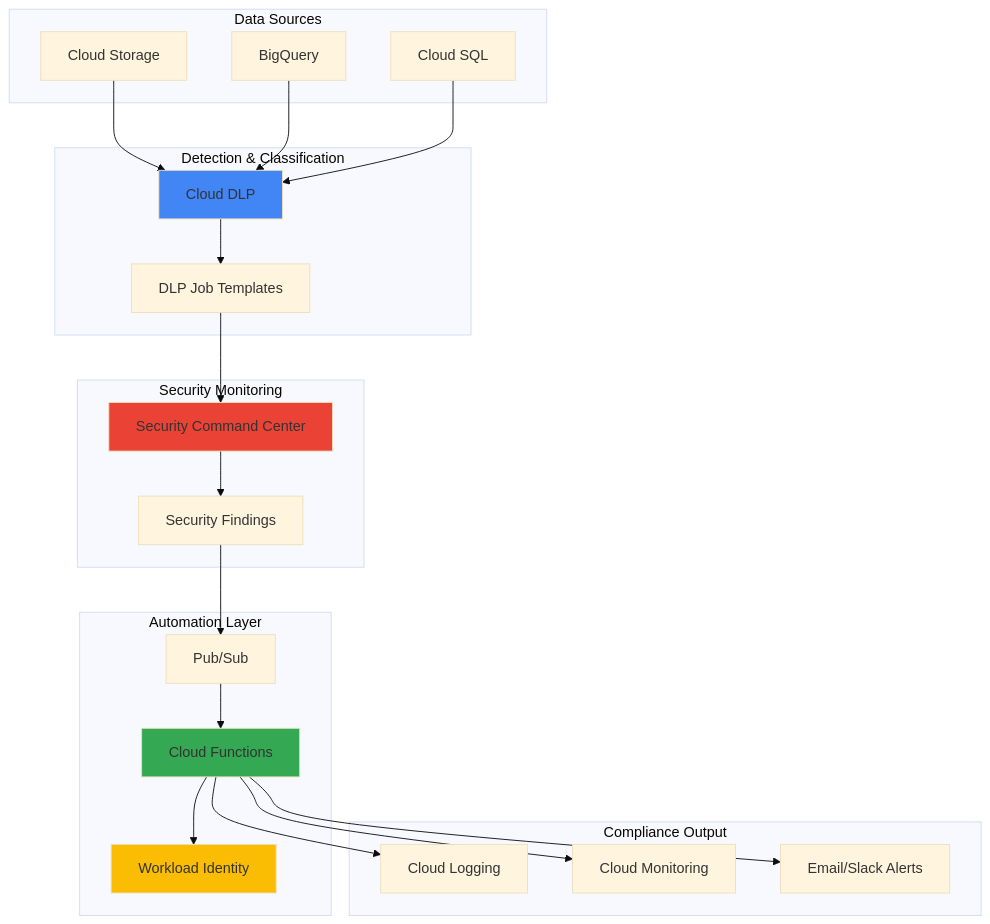
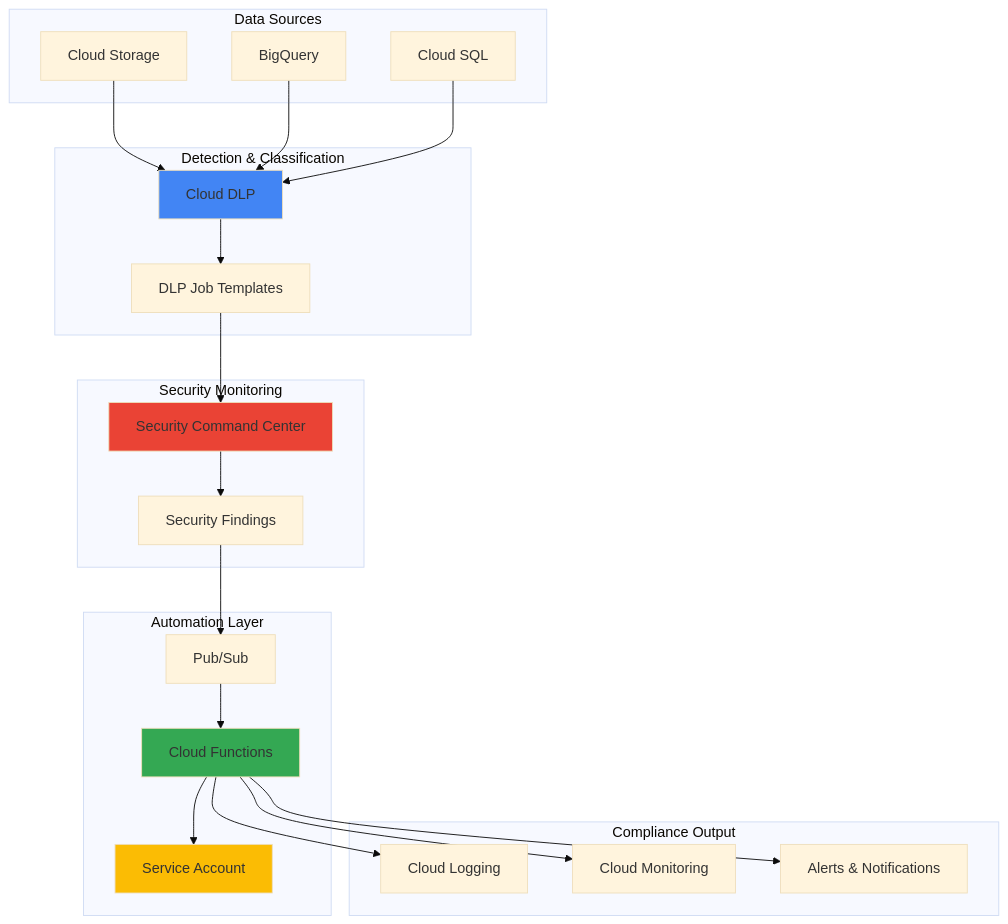
One commit to mzazon/awesome-cloud-projects changed the diagram in gcp/data-privacy-compliance-data-loss-prevention-security-command-center/data-privacy-compliance-data-loss-prevention-security-command-center.md. Above: the diagram before and after it, drawn with Mermaid (base theme). The commit also changed other lines of this file and 5581 other files, not shown here.

````diff
--- a/gcp/data-privacy-compliance-data-loss-prevention-security-command-center/data-privacy-compliance-data-loss-prevention-security-command-center.md
+++ b/gcp/data-privacy-compliance-data-loss-prevention-security-command-center/data-privacy-compliance-data-loss-prevention-security-command-center.md
@@ -30,51 +30,51 @@
 ```mermaid
 graph TB
     subgraph "Data Sources"
         CS[Cloud Storage]
         BQ[BigQuery]
-        GCS[Cloud SQL]
+        SQL[Cloud SQL]
     end
     
     subgraph "Detection & Classification"
         DLP[Cloud DLP]
         SCAN[DLP Job Templates]
     end
     
     subgraph "Security Monitoring"
         SCC[Security Command Center]
         FIND[Security Findings]
     end
     
     subgraph "Automation Layer"
         CF[Cloud Functions]
         PS[Pub/Sub]
-        WI[Workload Identity]
+        SA[Service Account]
     end
     
     subgraph "Compliance Output"
         LOG[Cloud Logging]
         MON[Cloud Monitoring]
-        ALERT[Email/Slack Alerts]
+        ALERT[Alerts & Notifications]
     end
     
     CS --> DLP
     BQ --> DLP
-    GCS --> DLP
+    SQL --> DLP
     
     DLP --> SCAN
     SCAN --> SCC
     SCC --> FIND
     
     FIND --> PS
     PS --> CF
-    CF --> WI
+    CF --> SA
     
     CF --> LOG
     CF --> MON
     CF --> ALERT
     
     style DLP fill:#4285f4
     style SCC fill:#ea4335
     style CF fill:#34a853
-    style WI fill:#fbbc04
+    style SA fill:#fbbc04
 ```
````
